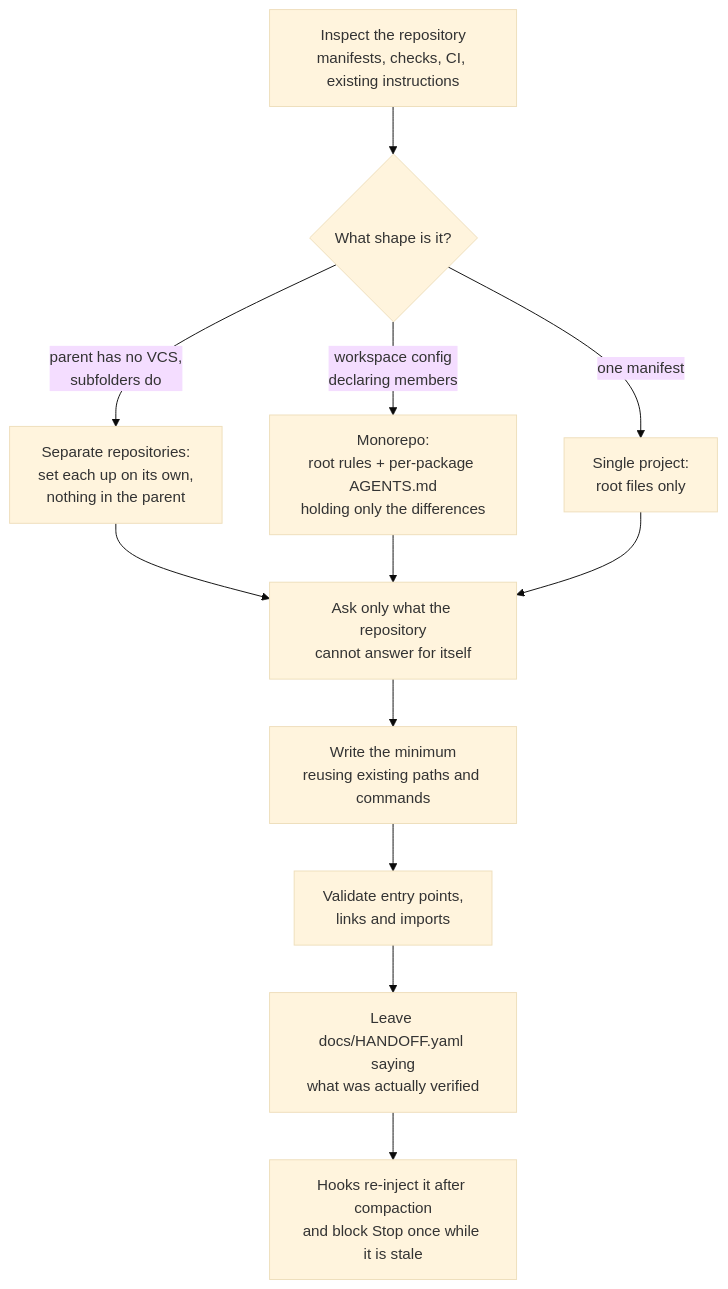
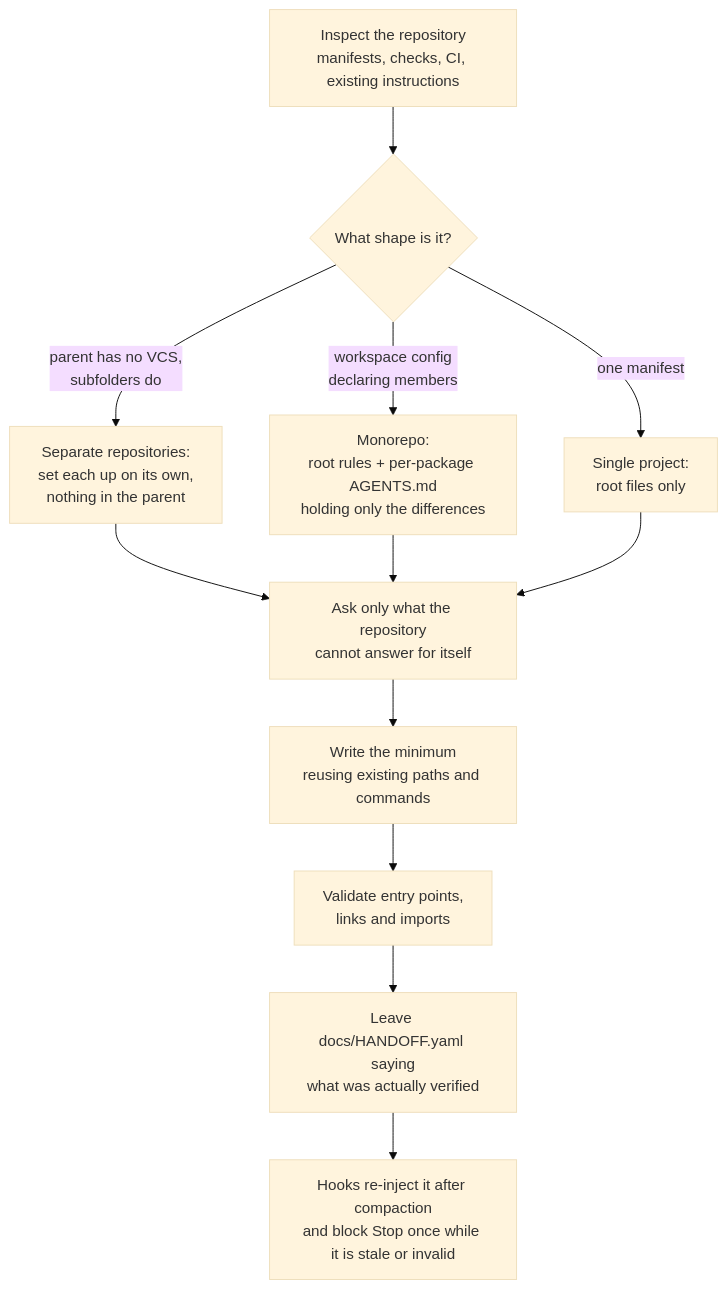
The diagram in README.md (Gmust/setup-agentic-workflow-plugin), drawn with Mermaid (base theme) before and after one commit. The commit also changed other lines of this file and 3 other files, not shown here.

````diff
--- a/README.md
+++ b/README.md
@@ -88,14 +88,14 @@
 ```mermaid
 flowchart TD
     A["Inspect the repository<br/>manifests, checks, CI, existing instructions"] --> B{"What shape is it?"}
     B -->|"parent has no VCS,<br/>subfolders do"| C["Separate repositories:<br/>set each up on its own,<br/>nothing in the parent"]
     B -->|"workspace config<br/>declaring members"| D["Monorepo:<br/>root rules + per-package AGENTS.md<br/>holding only the differences"]
     B -->|"one manifest"| E["Single project:<br/>root files only"]
     C --> F["Ask only what the repository<br/>cannot answer for itself"]
     D --> F
     E --> F
     F --> G["Write the minimum<br/>reusing existing paths and commands"]
     G --> H["Validate entry points,<br/>links and imports"]
     H --> I["Leave docs/HANDOFF.yaml saying<br/>what was actually verified"]
-    I --> J["Hooks re-inject it after compaction<br/>and block Stop once while it is stale"]
+    I --> J["Hooks re-inject it after compaction<br/>and block Stop once while it is stale or invalid"]
 ```
````
